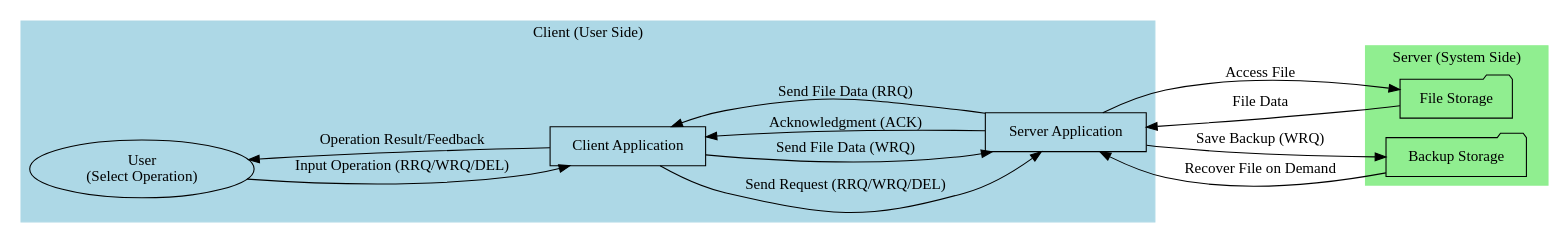
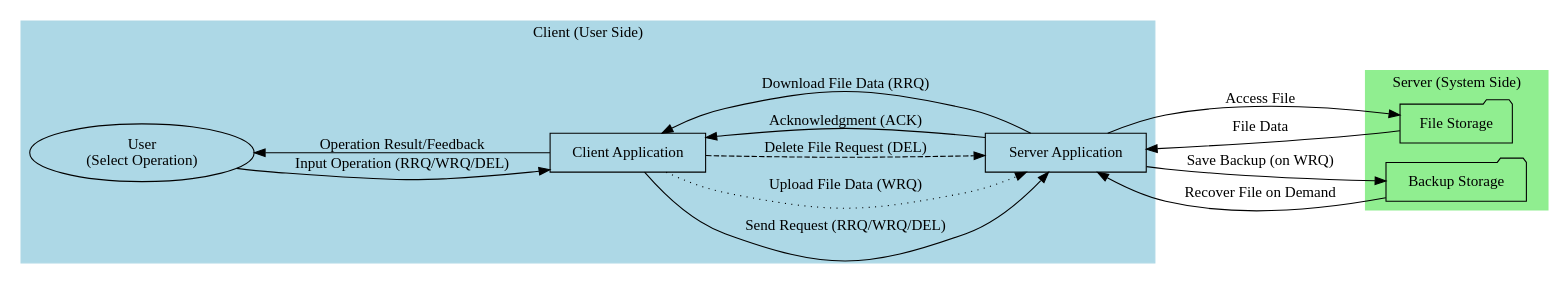
One commit to HaimOzer123/Network_project_RTED changed the diagram in docs/workflow.dot. Above: the diagram before and after it, drawn with Graphviz. The commit also changed 42 other files, not shown here.

```diff
--- a/docs/workflow.dot
+++ b/docs/workflow.dot
@@ -1,35 +1,36 @@
 digraph UDP_File_Transfer_Workflow {
     rankdir=LR;
 
     subgraph cluster_Client {
         label = "Client (User Side)";
         style = filled;
         color = lightblue;
         
         User [shape=ellipse, label="User\n(Select Operation)"];
         Client_App [shape=box, label="Client Application"];
 
         User -> Client_App [label="Input Operation (RRQ/WRQ/DEL)"];
         Client_App -> Server [label="Send Request (RRQ/WRQ/DEL)"];
         Server -> Client_App [label="Acknowledgment (ACK)"];
         Client_App -> User [label="Operation Result/Feedback"];
     }
 
     subgraph cluster_Server {
         label = "Server (System Side)";
         style = filled;
         color = lightgreen;
 
         Server [shape=box, label="Server Application"];
         Storage [shape=folder, label="File Storage"];
         Backup [shape=folder, label="Backup Storage"];
 
         Server -> Storage [label="Access File"];
         Storage -> Server [label="File Data"];
-        Server -> Backup [label="Save Backup (WRQ)"];
+        Server -> Backup [label="Save Backup (on WRQ)"];
         Backup -> Server [label="Recover File on Demand"];
     }
 
-    Client_App -> Server [label="Send File Data (WRQ)"];
-    Server -> Client_App [label="Send File Data (RRQ)"];
+    Client_App -> Server [label="Upload File Data (WRQ)", style=dotted];
+    Server -> Client_App [label="Download File Data (RRQ)", style=solid];
+    Client_App -> Server [label="Delete File Request (DEL)", style=dashed];
 }
```
